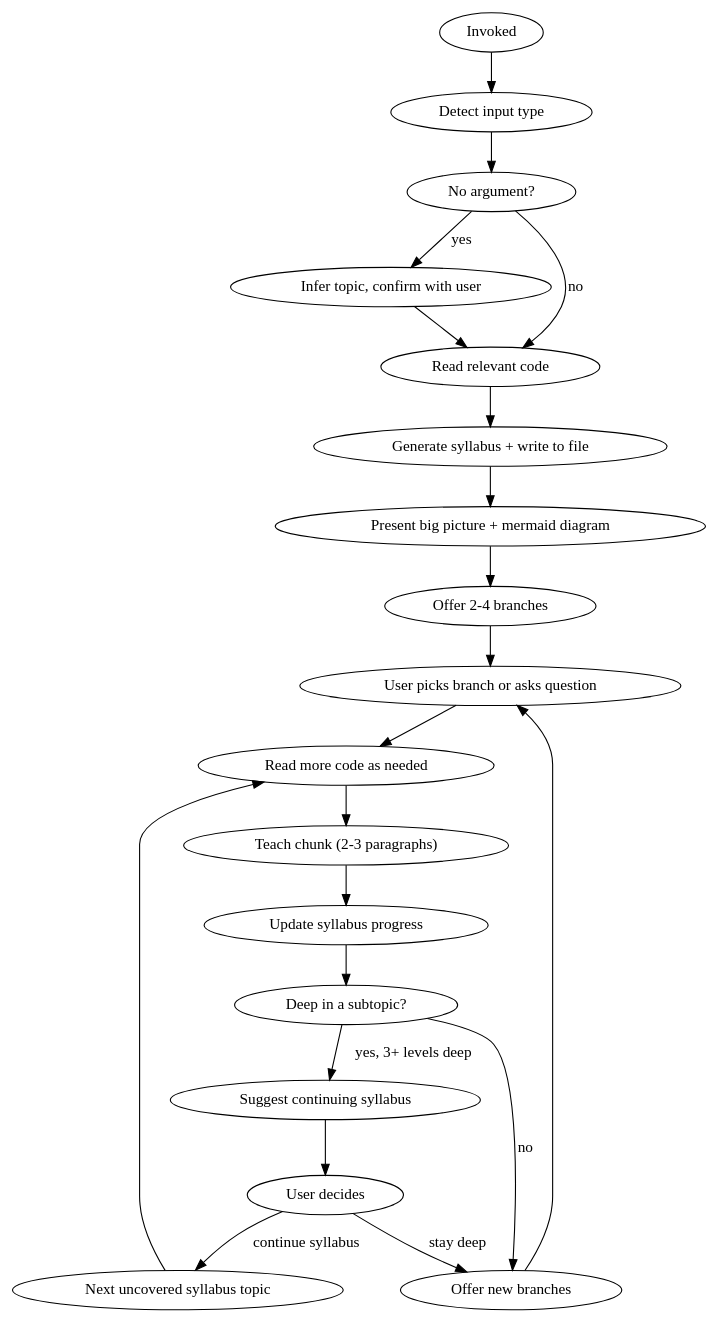
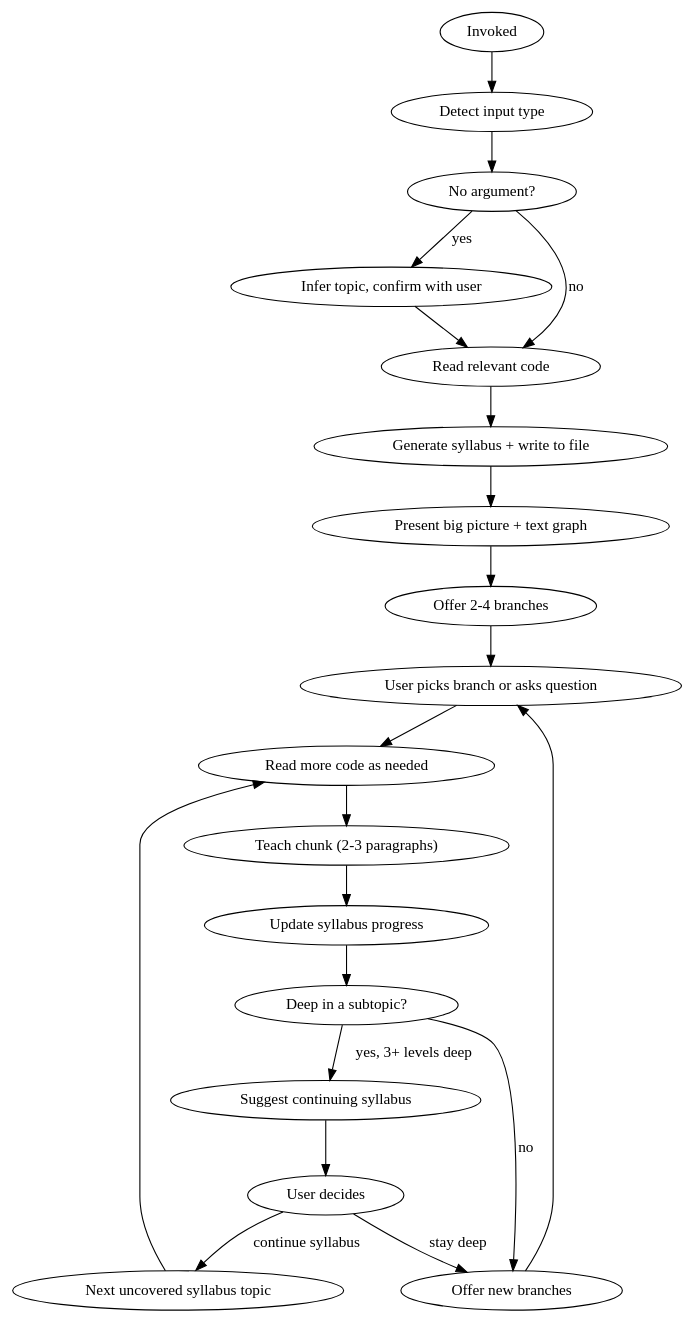
The diagram in teachme/SKILL.md (mutdmour/my-claude-skills), drawn with Graphviz before and after one commit. The commit also changed other lines of this file and 1 other file, not shown here.

Commit message:
Replace mermaid diagram references with text graphs

````diff
--- a/teachme/SKILL.md
+++ b/teachme/SKILL.md
@@ -30,24 +30,24 @@
 ```dot
 digraph teachme {
     "Invoked" -> "Detect input type";
     "Detect input type" -> "No argument?" [shape=diamond];
     "No argument?" -> "Infer topic, confirm with user" [label="yes"];
     "No argument?" -> "Read relevant code" [label="no"];
     "Infer topic, confirm with user" -> "Read relevant code";
     "Read relevant code" -> "Generate syllabus + write to file";
-    "Generate syllabus + write to file" -> "Present big picture + mermaid diagram";
-    "Present big picture + mermaid diagram" -> "Offer 2-4 branches";
+    "Generate syllabus + write to file" -> "Present big picture + text graph";
+    "Present big picture + text graph" -> "Offer 2-4 branches";
     "Offer 2-4 branches" -> "User picks branch or asks question";
     "User picks branch or asks question" -> "Read more code as needed";
     "Read more code as needed" -> "Teach chunk (2-3 paragraphs)";
     "Teach chunk (2-3 paragraphs)" -> "Update syllabus progress";
     "Update syllabus progress" -> "Deep in a subtopic?" [shape=diamond];
     "Deep in a subtopic?" -> "Suggest continuing syllabus" [label="yes, 3+ levels deep"];
     "Deep in a subtopic?" -> "Offer new branches" [label="no"];
     "Suggest continuing syllabus" -> "User decides" [shape=diamond];
     "User decides" -> "Offer new branches" [label="stay deep"];
     "User decides" -> "Next uncovered syllabus topic" [label="continue syllabus"];
     "Next uncovered syllabus topic" -> "Read more code as needed";
     "Offer new branches" -> "User picks branch or asks question";
 }
 ```
````
